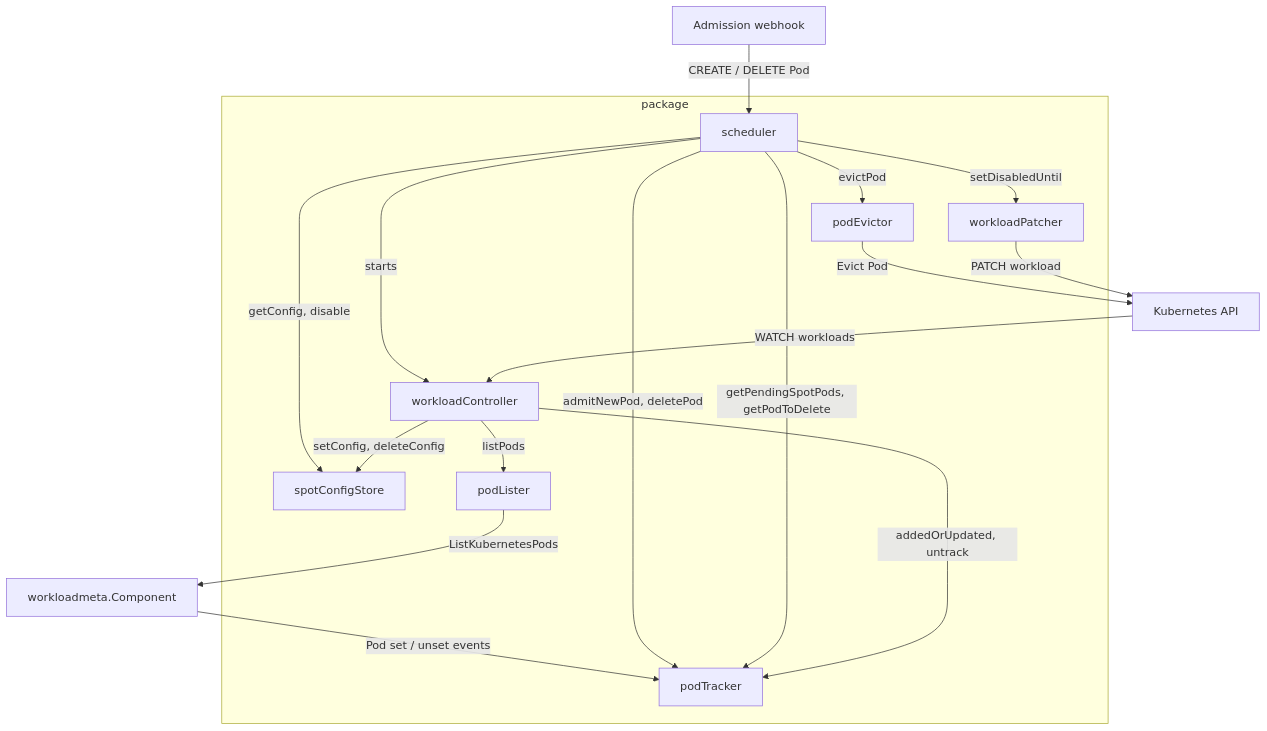
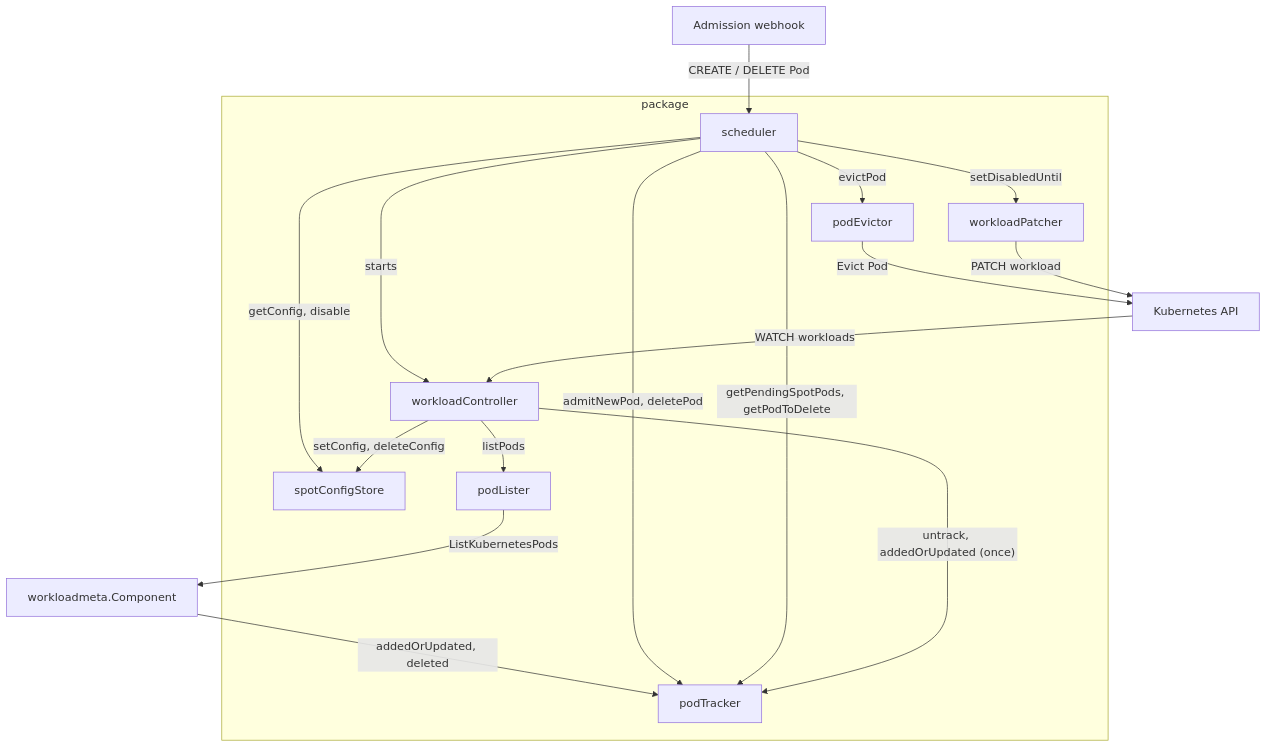
One commit to DataDog/datadog-agent changed the diagram in pkg/clusteragent/autoscaling/cluster/spot/README.md. Above: the diagram before and after it, drawn with Mermaid. The commit also changed other lines of this file and 2 other files, not shown here.

First paragraph of the commit message:
pkg/clusteragent/autoscaling/cluster/spot: track pods once per workload in processItem
List and track pods once per workload to avoid race with pod updates arriving via WLM through scheduler.trackPodUpdates.

````diff
--- a/pkg/clusteragent/autoscaling/cluster/spot/README.md
+++ b/pkg/clusteragent/autoscaling/cluster/spot/README.md
@@ -202,36 +202,36 @@
 ```mermaid
 graph TD
     Webhook["Admission webhook"]
     K8sAPI["Kubernetes API"]
     WLM["workloadmeta.Component"]
 
     subgraph package
         S["scheduler"]
         WC["workloadController"]
         PT["podTracker"]
         CS["spotConfigStore"]
         PL["podLister"]
         PE["podEvictor"]
         WP["workloadPatcher"]
     end
 
     Webhook -->|"CREATE / DELETE Pod"| S
-    WLM -->|"Pod set / unset events"| PT
+    WLM -->|"addedOrUpdated, deleted"| PT
 
     S -->|"getConfig, disable"| CS
     S -->|"admitNewPod, deletePod"| PT
     S -->|"getPendingSpotPods, getPodToDelete"| PT
     S -->|"evictPod"| PE
     S -->|"setDisabledUntil"| WP
     S -->|"starts"| WC
 
     K8sAPI -->|"WATCH workloads"| WC
 
     WC -->|"setConfig, deleteConfig"| CS
-    WC -->|"addedOrUpdated, untrack"| PT
+    WC -->|"untrack, addedOrUpdated (once)"| PT
     WC -->|"listPods"| PL
 
     PL -->|"ListKubernetesPods"| WLM
     PE -->|"Evict Pod"| K8sAPI
     WP -->|"PATCH workload"| K8sAPI
 ```
````
